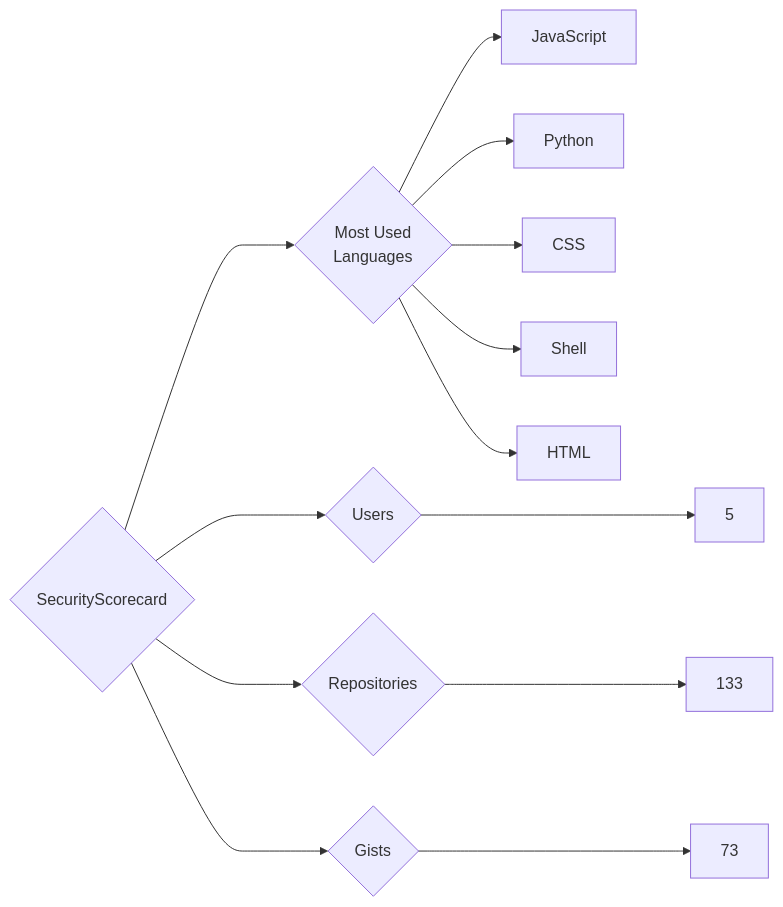
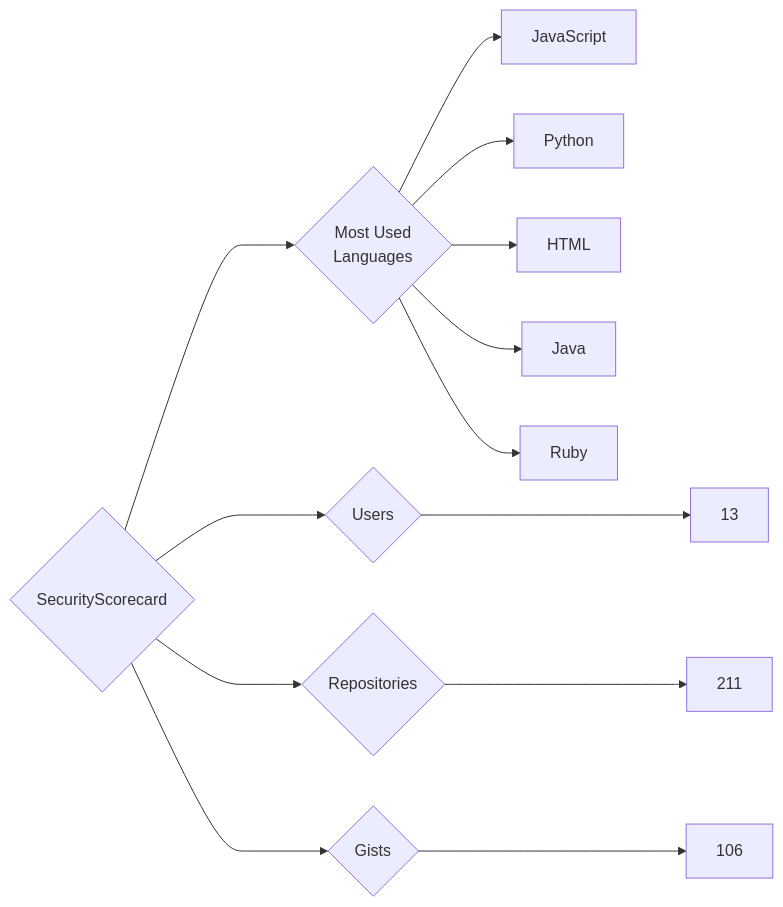
The diagram in targets/SecurityScorecard/README.md (trickest/insiders), drawn with Mermaid before and after one commit. The commit also changed 920 other files, not shown here.

````diff
--- a/targets/SecurityScorecard/README.md
+++ b/targets/SecurityScorecard/README.md
@@ -3,13 +3,13 @@
 ```mermaid
 graph LR
 COMPANY_NAME{SecurityScorecard}
-COMPANY_NAME ---> U{Users} ---> UN[5]
-COMPANY_NAME ---> R{Repositories} ---> RN[133]
-COMPANY_NAME ---> G{Gists} ---> GN[73]
+COMPANY_NAME ---> U{Users} ---> UN[13]
+COMPANY_NAME ---> R{Repositories} ---> RN[211]
+COMPANY_NAME ---> G{Gists} ---> GN[106]
 COMPANY_NAME ---> ML{Most Used<br>Languages}
 ML --> JavaScript[JavaScript]
 ML --> Python[Python]
-ML --> CSS[CSS]
-ML --> Shell[Shell]
 ML --> HTML[HTML]
+ML --> Java[Java]
+ML --> Ruby[Ruby]
 ```
````
